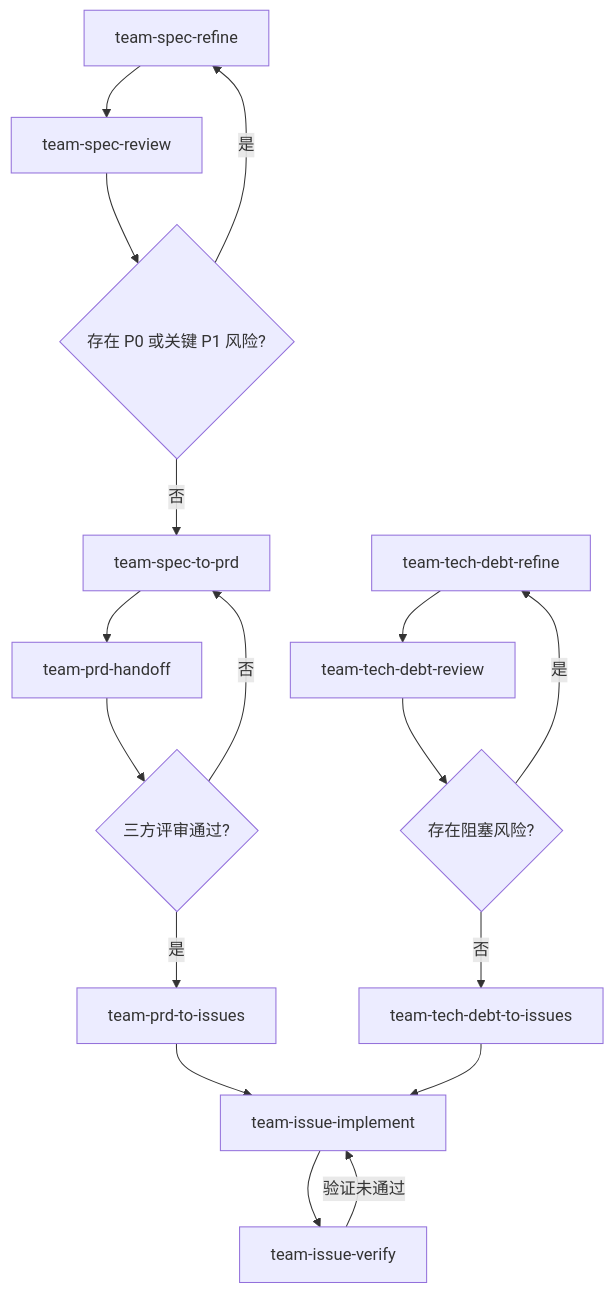
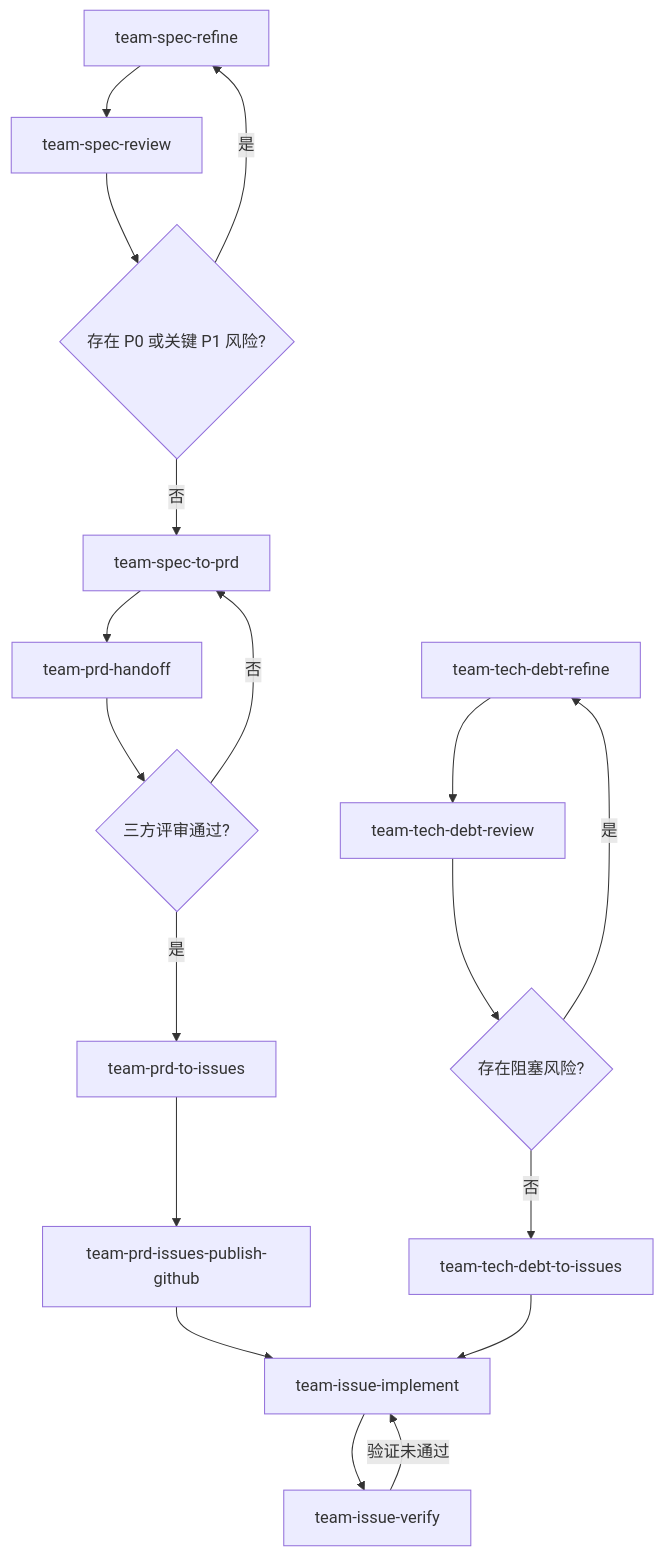
Before and after one commit to coolbeevip/team-ai-skills: the diagram in README.md, drawn with Mermaid. The commit also changed other lines of this file and 1 other file, not shown here.

First line of the commit message:
Add team-prd-issues-publish-github skill

````diff
--- a/README.md
+++ b/README.md
@@ -17,20 +17,21 @@
 ```mermaid
 flowchart TD
     A[team-spec-refine] --> B[team-spec-review]
     B --> C{存在 P0 或关键 P1 风险?}
     C -- 是 --> A
     C -- 否 --> D[team-spec-to-prd]
     D --> H[team-prd-handoff]
     H --> E{三方评审通过?}
     E -- 否 --> D
     E -- 是 --> F[team-prd-to-issues]
-    F --> G[team-issue-implement]
+    F --> N[team-prd-issues-publish-github]
+    N --> G[team-issue-implement]
     G --> I[team-issue-verify]
     I -- 验证未通过 --> G
 
     J[team-tech-debt-refine] --> K[team-tech-debt-review]
     K --> L{存在阻塞风险?}
     L -- 是 --> J
     L -- 否 --> M[team-tech-debt-to-issues]
     M --> G
 ```
````
